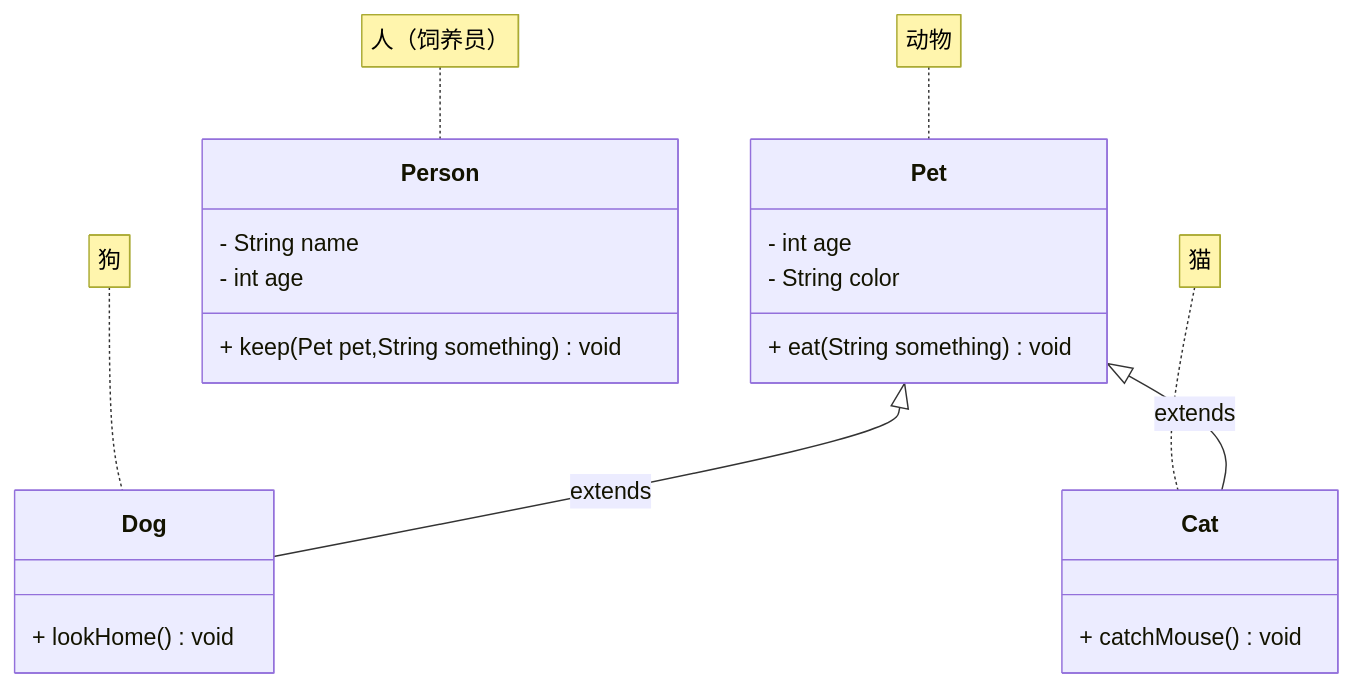
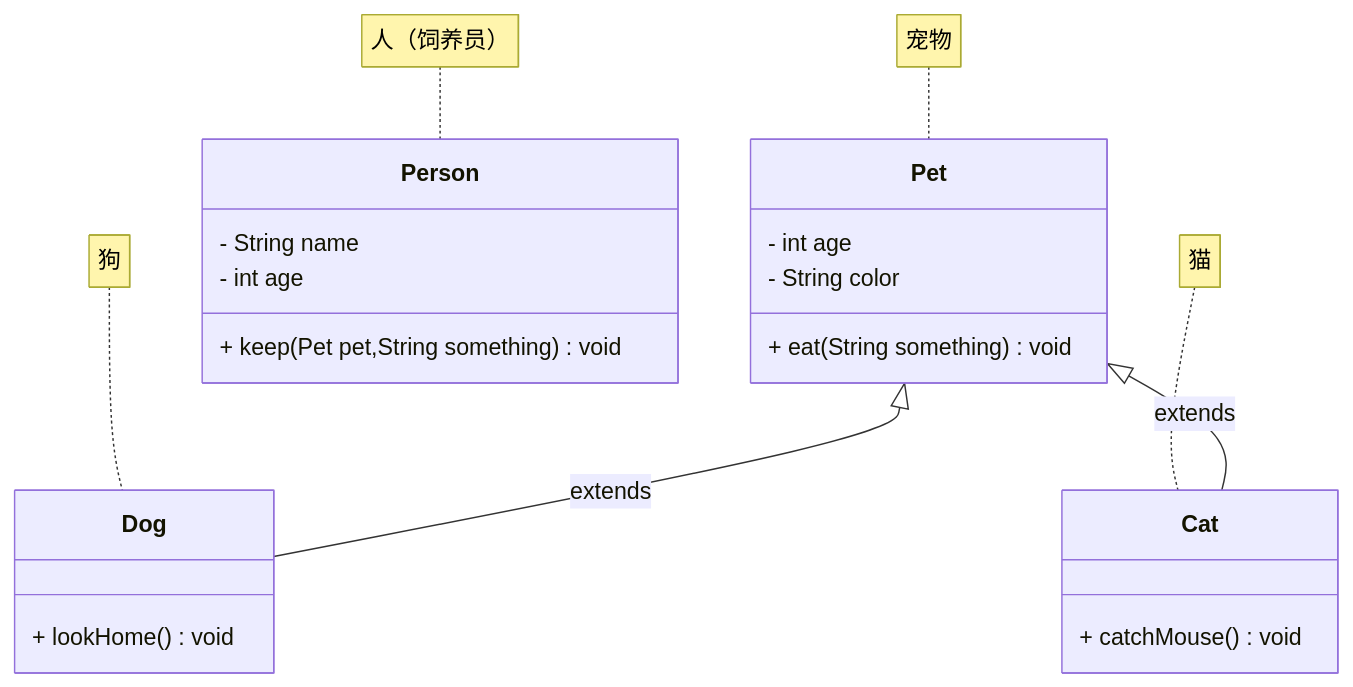
One commit to Aurorxa/java changed the third of 3 diagrams in docs/zh/01_java-se/java-leap/09_xdx/index.md. Above: the diagram before and after it, drawn with Mermaid. The commit also changed other lines of this file and 6 other files, not shown here.

````diff
--- a/docs/zh/01_java-se/java-leap/09_xdx/index.md
+++ b/docs/zh/01_java-se/java-leap/09_xdx/index.md
@@ -1345,27 +1345,27 @@
 ```mermaid
 classDiagram
 	 Pet <|-- Dog : extends
 	 Pet <|-- Cat : extends
-	 note for Pet "动物"	
+	 note for Pet "宠物"	
      class Pet {
         - int age
         - String color
         
         + eat(String something) void
      }
      note for Dog "狗"	
      class Dog {
      	+ lookHome() void
      }
      note for Cat "猫"
      class Cat {
         + catchMouse() void
      }
      note for Person "人（饲养员）"	
      class Person {
            - String name
            - int age
            
            + keep(Pet pet,String something) void
      }
 ```
````
